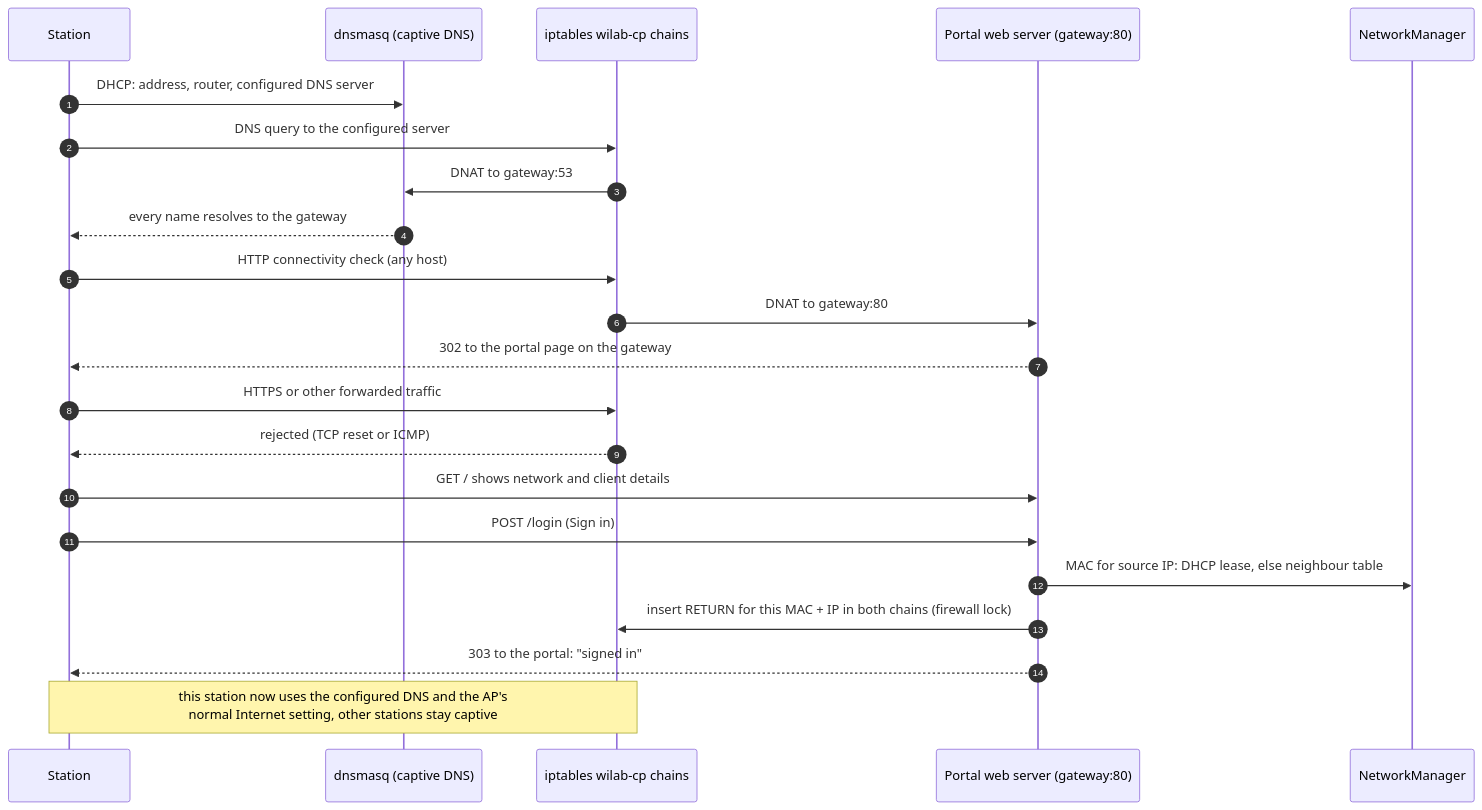
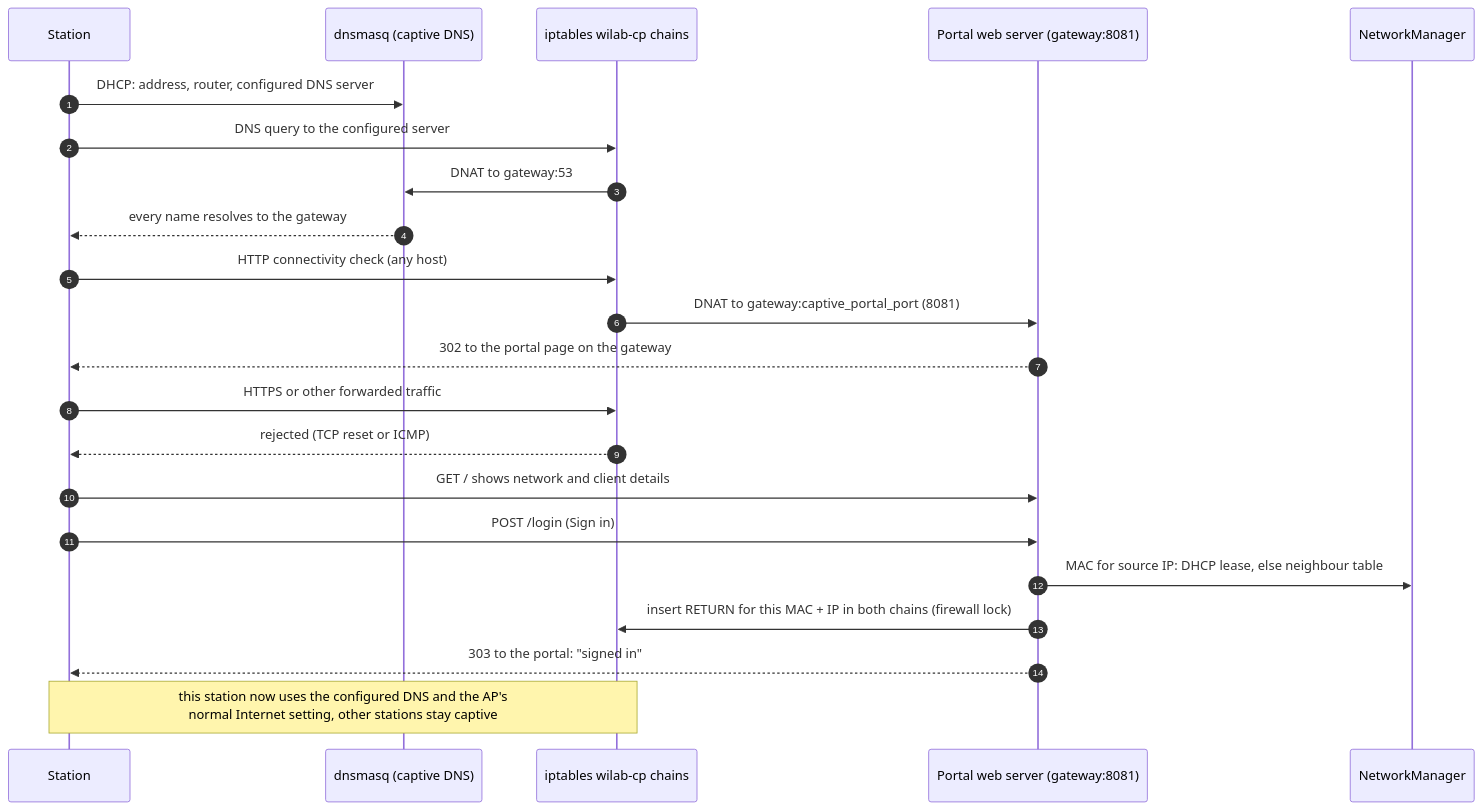
Before and after one commit to caporalesimone/wi-lab: the ninth of 15 diagrams in docs/architecture.md, drawn with Mermaid. The commit also changed other lines of this file and 13 other files, not shown here.

First line of the commit message:
feat: captive_portal_port setting (default 8081) and NET-10

````diff
--- a/docs/architecture.md
+++ b/docs/architecture.md
@@ -503,25 +503,25 @@
 ```mermaid
 sequenceDiagram
     autonumber
     participant ST as Station
     participant DN as dnsmasq (captive DNS)
     participant FW as iptables wilab-cp chains
-    participant PS as Portal web server (gateway:80)
+    participant PS as Portal web server (gateway:8081)
     participant NM as NetworkManager
 
     ST->>DN: DHCP: address, router, configured DNS server
     ST->>FW: DNS query to the configured server
     FW->>DN: DNAT to gateway:53
     DN-->>ST: every name resolves to the gateway
     ST->>FW: HTTP connectivity check (any host)
-    FW->>PS: DNAT to gateway:80
+    FW->>PS: DNAT to gateway:captive_portal_port (8081)
     PS-->>ST: 302 to the portal page on the gateway
     ST->>FW: HTTPS or other forwarded traffic
     FW-->>ST: rejected (TCP reset or ICMP)
     ST->>PS: GET / shows network and client details
     ST->>PS: POST /login (Sign in)
     PS->>NM: MAC for source IP: DHCP lease, else neighbour table
     PS->>FW: insert RETURN for this MAC + IP in both chains (firewall lock)
     PS-->>ST: 303 to the portal: "signed in"
     Note over ST,FW: this station now uses the configured DNS and the AP's<br/>normal Internet setting, other stations stay captive
 ```
````
